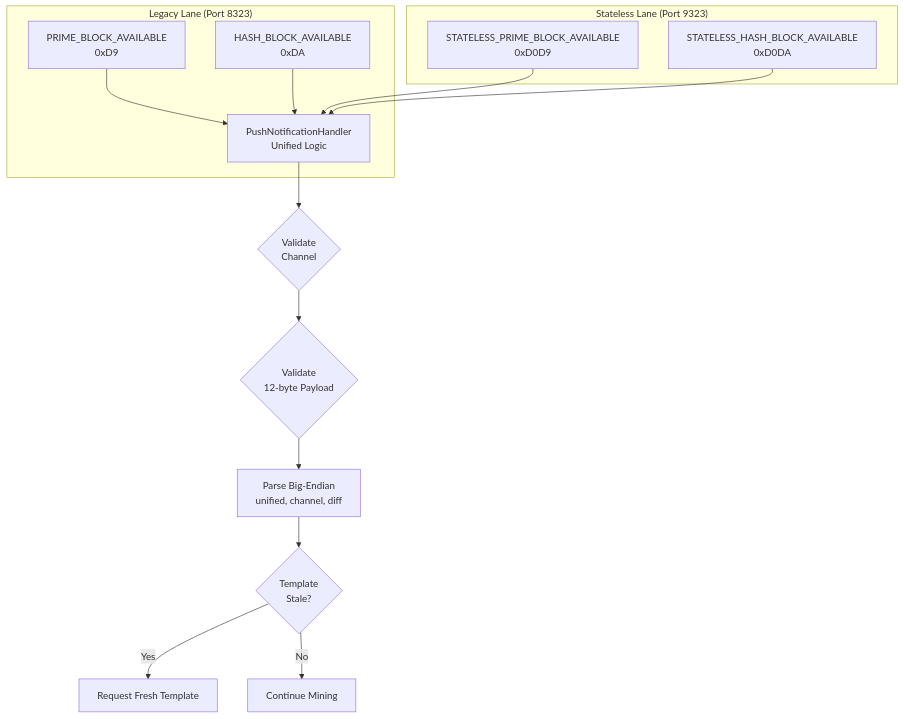
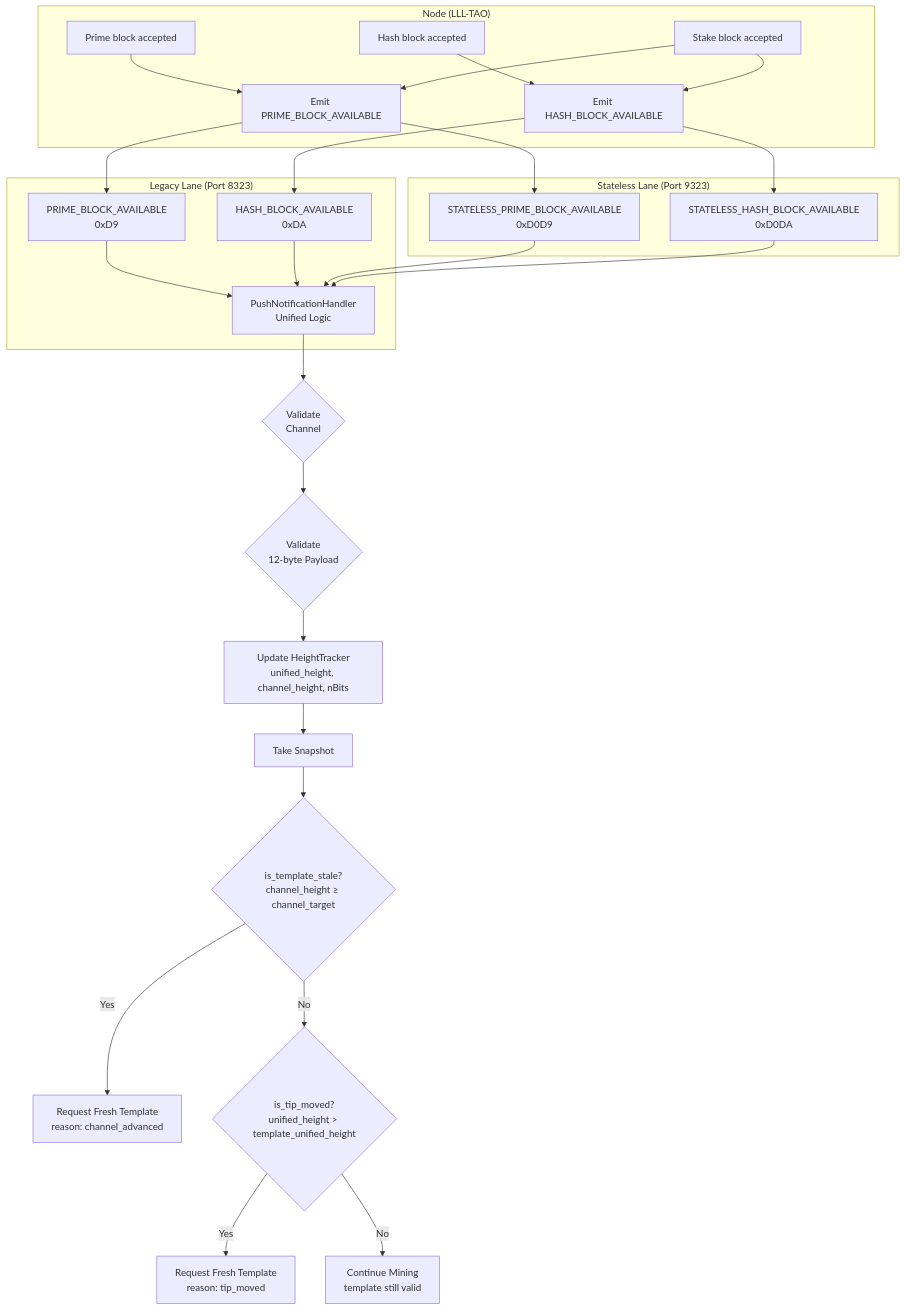
The diagram in docs/diagrams/unified-push-architecture.md (NamecoinGithub/NexusMiner), drawn with Mermaid before and after one commit. The commit also changed other lines of this file and 9 other files, not shown here.

Commit message:
Docs: Align NexusMiner docs/diagrams with unified tip anchoring and tip_moved refresh

````diff
--- a/docs/diagrams/unified-push-architecture.md
+++ b/docs/diagrams/unified-push-architecture.md
@@ -5,19 +9,34 @@
 ```mermaid
 graph TB
+    subgraph "Node (LLL-TAO)"
+        NP[Prime block accepted] --> EP[Emit PRIME_BLOCK_AVAILABLE]
+        NH[Hash block accepted]  --> EH[Emit HASH_BLOCK_AVAILABLE]
+        NS[Stake block accepted] --> EP
+        NS --> EH
+    end
+
     subgraph "Legacy Lane (Port 8323)"
         L1[PRIME_BLOCK_AVAILABLE<br/>0xD9] --> UH
         L2[HASH_BLOCK_AVAILABLE<br/>0xDA] --> UH
     end
-    
+
     subgraph "Stateless Lane (Port 9323)"
         S1[STATELESS_PRIME_BLOCK_AVAILABLE<br/>0xD0D9] --> UH
         S2[STATELESS_HASH_BLOCK_AVAILABLE<br/>0xD0DA] --> UH
     end
-    
+
+    EP --> L1
+    EH --> L2
+    EP --> S1
+    EH --> S2
+
     UH[PushNotificationHandler<br/>Unified Logic] --> V1{Validate<br/>Channel}
     V1 --> V2{Validate<br/>12-byte Payload}
-    V2 --> P[Parse Big-Endian<br/>unified, channel, diff]
-    P --> C{Template<br/>Stale?}
-    C -->|Yes| R[Request Fresh Template]
-    C -->|No| M[Continue Mining]
+    V2 --> HT[Update HeightTracker<br/>unified_height, channel_height, nBits]
+    HT --> SNAP[Take Snapshot]
+    SNAP --> C1{is_template_stale?<br/>channel_height ≥ channel_target}
+    C1 -->|Yes| R1[Request Fresh Template<br/>reason: channel_advanced]
+    C1 -->|No| C2{is_tip_moved?<br/>unified_height > template_unified_height}
+    C2 -->|Yes| R2[Request Fresh Template<br/>reason: tip_moved]
+    C2 -->|No| M[Continue Mining<br/>template still valid]
 ```
````
